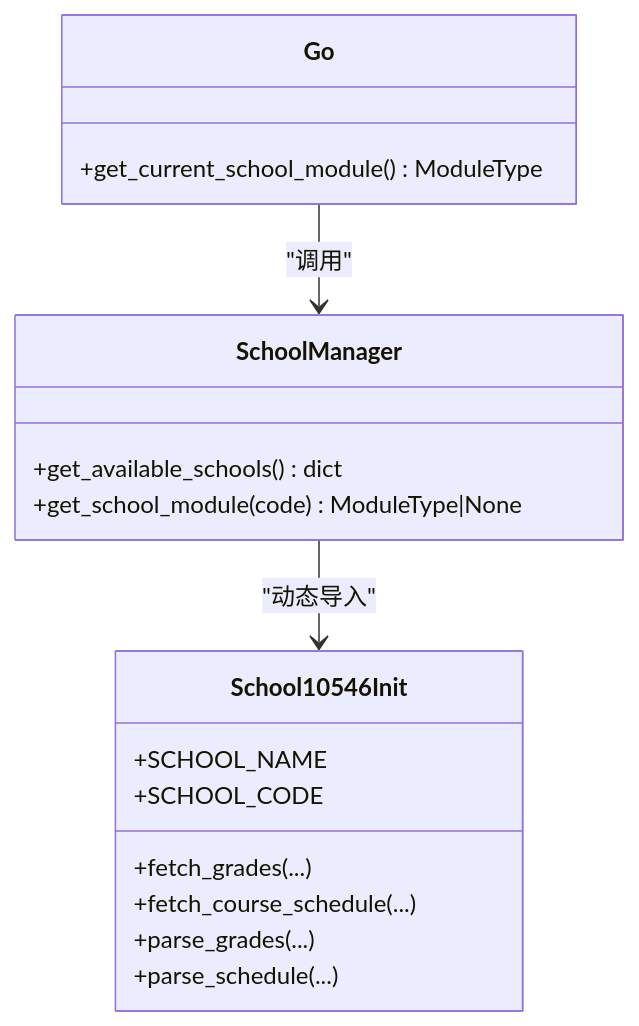
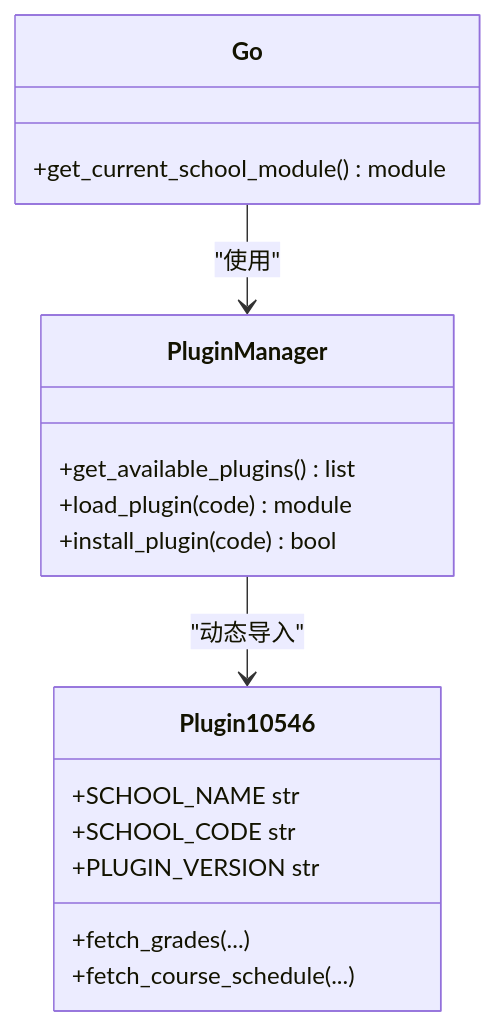
Before and after one commit to pjnt9372/Capture_Push: the third of 4 diagrams in .wiki/zh/content/API 参考文档/院校模块 API/接口规范.md, drawn with Mermaid. The commit also changed other lines of this file and 37 other files, not shown here.

````diff
--- a/.wiki/zh/content/API 参考文档/院校模块 API/接口规范.md
+++ b/.wiki/zh/content/API 参考文档/院校模块 API/接口规范.md
@@ -274,20 +163,20 @@
 ```mermaid
 classDiagram
-class SchoolManager {
-+get_available_schools() dict
-+get_school_module(code) ModuleType|None
+class PluginManager {
++get_available_plugins() list
++load_plugin(code) module
++install_plugin(code) bool
 }
 class Go {
-+get_current_school_module() ModuleType
++get_current_school_module() module
 }
-class School10546Init {
+class Plugin10546 {
 +fetch_grades(...)
 +fetch_course_schedule(...)
-+parse_grades(...)
-+parse_schedule(...)
-+SCHOOL_NAME
-+SCHOOL_CODE
++SCHOOL_NAME str
++SCHOOL_CODE str
++PLUGIN_VERSION str
 }
-Go --> SchoolManager : "调用"
-SchoolManager --> School10546Init : "动态导入"
+Go --> PluginManager : "使用"
+PluginManager --> Plugin10546 : "动态导入"
 ```
````
